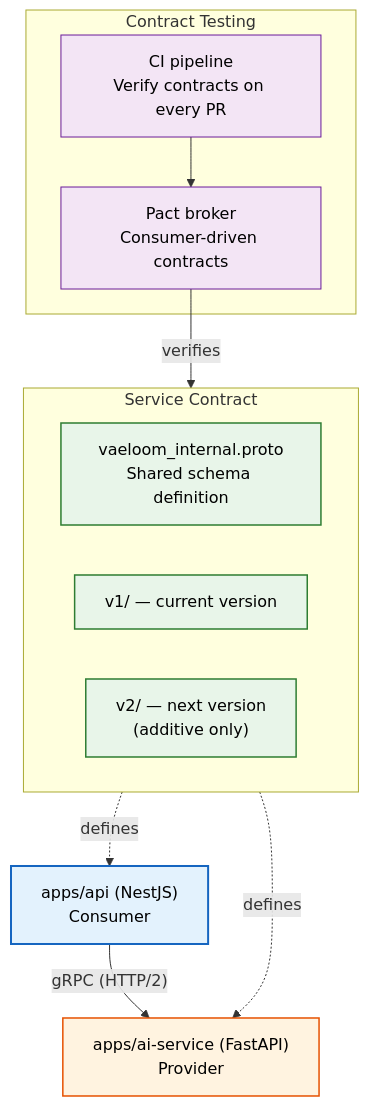
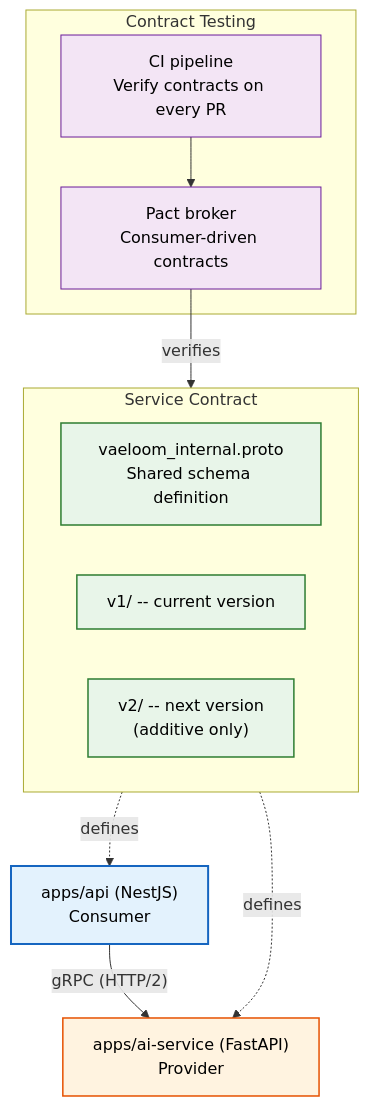
The diagram in Docs/Backend/Service-Contracts.md (Driftloom/Vaeloom), drawn with Mermaid before and after one commit. The commit also changed 7 other files, not shown here.

Commit message:
docs(backend): add API architecture, reference, versioning, and REST standards

````diff
--- a/Docs/Backend/Service-Contracts.md
+++ b/Docs/Backend/Service-Contracts.md
@@ -44,25 +44,25 @@
 ```mermaid
 graph TD
     classDef api fill:#e3f2fd,stroke:#1565c0,color:#000,stroke-width:2px
     classDef contract fill:#e8f5e9,stroke:#2e7d32,color:#000,stroke-width:1.5px
     classDef ai fill:#fff3e0,stroke:#e65100,color:#000,stroke-width:1.5px
     classDef test fill:#f3e5f5,stroke:#6a1b9a,color:#000,stroke-width:1px
 
     API["apps/api (NestJS)<br/>Consumer"]:::api
     AI["apps/ai-service (FastAPI)<br/>Provider"]:::ai
 
     subgraph Contract["Service Contract"]
         PROTO["vaeloom_internal.proto<br/>Shared schema definition"]:::contract
-        V1["v1/ — current version"]:::contract
-        V2["v2/ — next version<br/>(additive only)"]:::contract
+        V1["v1/ -- current version"]:::contract
+        V2["v2/ -- next version<br/>(additive only)"]:::contract
     end
 
     subgraph Testing["Contract Testing"]
         PACT["Pact broker<br/>Consumer-driven contracts"]:::test
         CI_PACT["CI pipeline<br/>Verify contracts on every PR"]:::test
     end
 
     API -->|"gRPC (HTTP/2)"| AI
     Contract -.->|"defines"| API & AI
     CI_PACT --> PACT -->|"verifies"| Contract
 ```
````
